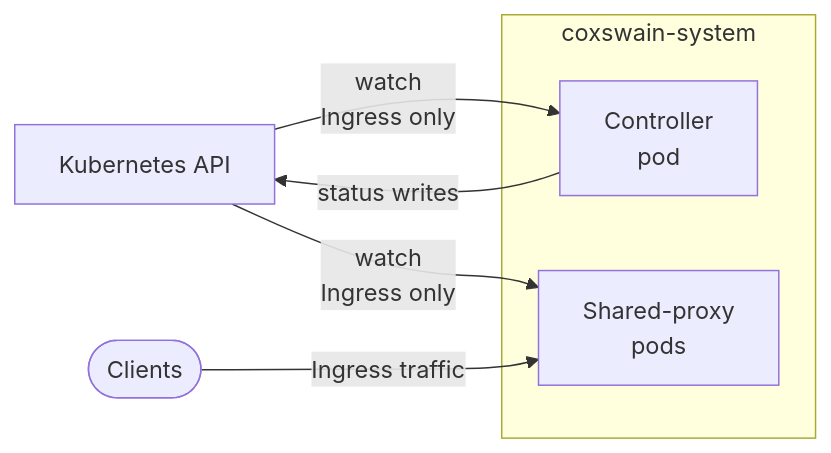
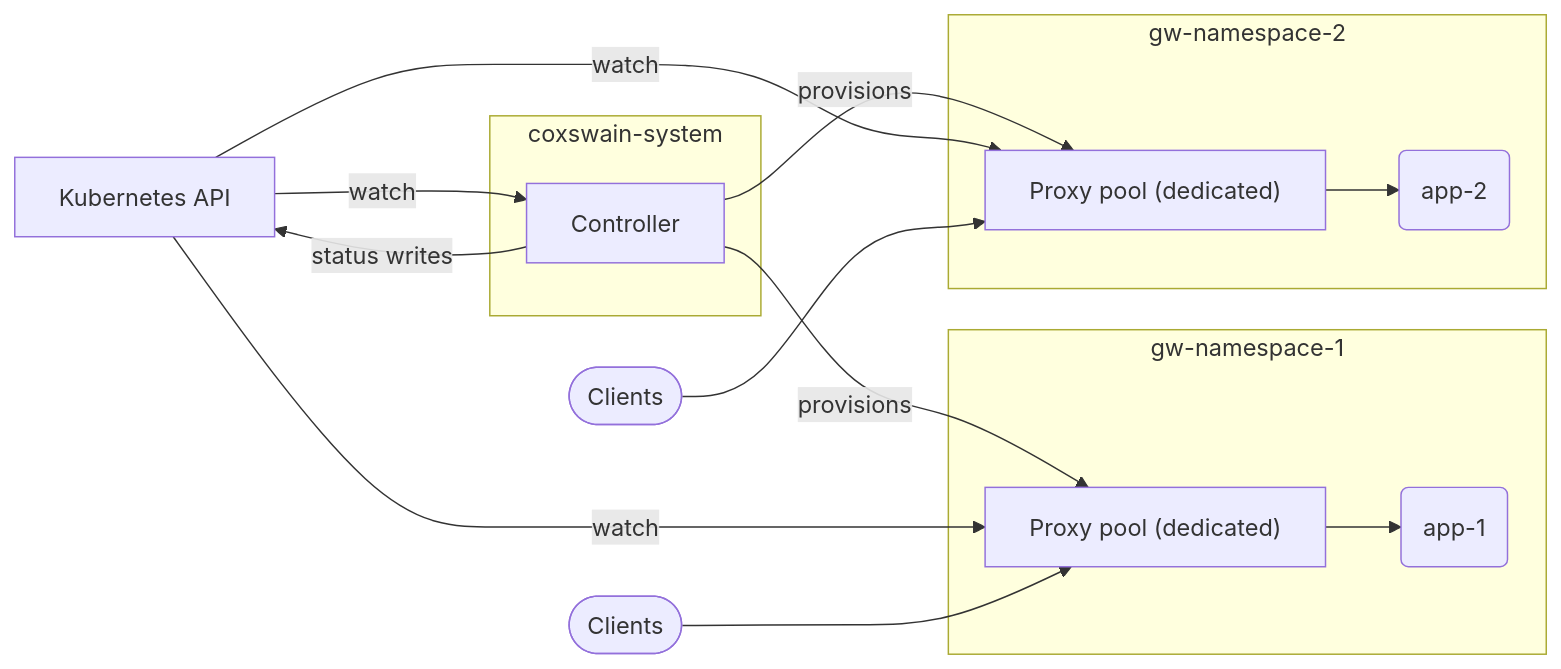
Before and after one commit to coxswain-labs/coxswain: the fifth of 6 diagrams in docs/src/architecture.md, drawn with Mermaid. The commit also changed other lines of this file and 17 other files, not shown here.

First line of the commit message:
docs: finalise v0.2 architecture and deployment-model docs (#303)

````diff
--- a/docs/src/architecture.md
+++ b/docs/src/architecture.md
@@ -138,15 +168,30 @@
 ```mermaid
 flowchart LR
     K8s[Kubernetes API]
 
     subgraph cs[coxswain-system]
-        C[Controller\npod]
-        SP[Shared-proxy\npods]
+        C[Controller]
     end
 
-    K8s -->|watch\nIngress only| C
+    subgraph ns_a[gw-namespace-1]
+        GPA["Proxy pool (dedicated)"]
+        A1(app-1)
+    end
+
+    subgraph ns_b[gw-namespace-2]
+        GPB["Proxy pool (dedicated)"]
+        A2(app-2)
+    end
+
+    K8s -->|watch| C
     C -->|status writes| K8s
-    K8s -->|watch\nIngress only| SP
+    C -->|provisions| GPA
+    C -->|provisions| GPB
+    K8s -->|watch| GPA
+    K8s -->|watch| GPB
 
-    Clients([Clients]) -->|Ingress traffic| SP
+    ClientsA([Clients]) --> GPA
+    ClientsB([Clients]) --> GPB
+    GPA --> A1
+    GPB --> A2
 ```
````
